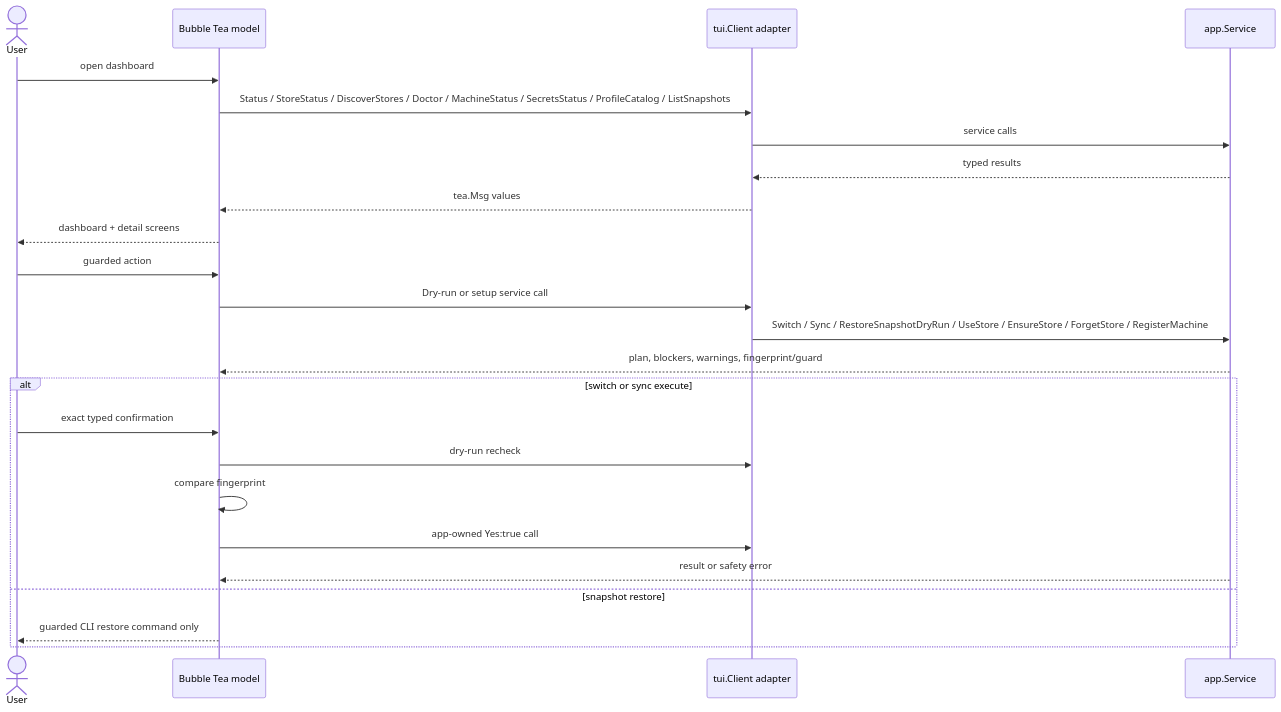
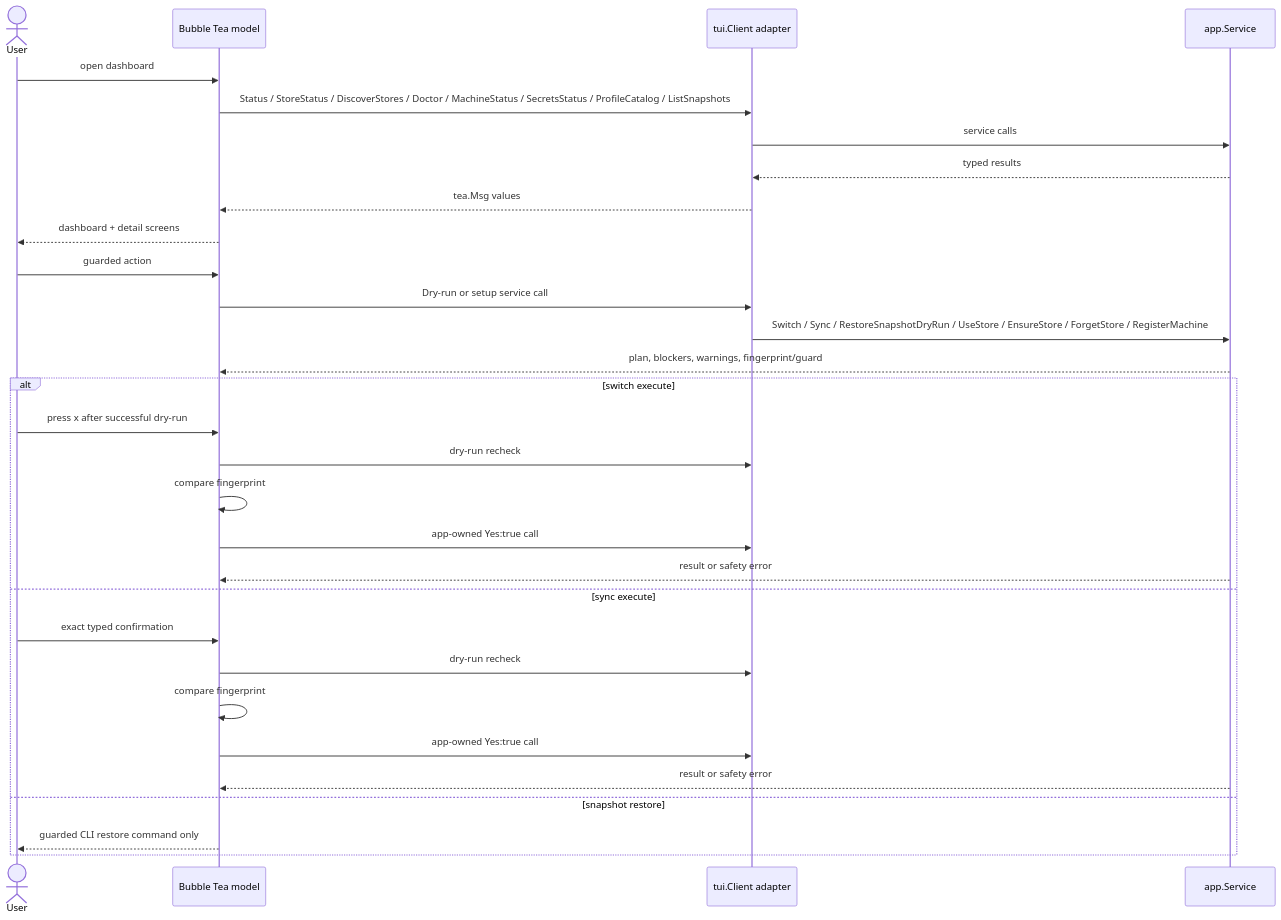
Before and after one commit to asudbring/loki-profile-manager: the sixth of 8 diagrams in docs/ARCHITECTURE.md, drawn with Mermaid. The commit also changed other lines of this file and 3 other files, not shown here.

````diff
--- a/docs/ARCHITECTURE.md
+++ b/docs/ARCHITECTURE.md
@@ -299,28 +336,34 @@
 ```mermaid
 sequenceDiagram
     actor User
     participant TUI as Bubble Tea model
     participant Client as tui.Client adapter
     participant App as app.Service
 
     User->>TUI: open dashboard
     TUI->>Client: Status / StoreStatus / DiscoverStores / Doctor / MachineStatus / SecretsStatus / ProfileCatalog / ListSnapshots
     Client->>App: service calls
     App-->>Client: typed results
     Client-->>TUI: tea.Msg values
     TUI-->>User: dashboard + detail screens
 
     User->>TUI: guarded action
     TUI->>Client: Dry-run or setup service call
     Client->>App: Switch / Sync / RestoreSnapshotDryRun / UseStore / EnsureStore / ForgetStore / RegisterMachine
     App-->>TUI: plan, blockers, warnings, fingerprint/guard
-    alt switch or sync execute
+    alt switch execute
+        User->>TUI: press x after successful dry-run
+        TUI->>Client: dry-run recheck
+        TUI->>TUI: compare fingerprint
+        TUI->>Client: app-owned Yes:true call
+        App-->>TUI: result or safety error
+    else sync execute
         User->>TUI: exact typed confirmation
         TUI->>Client: dry-run recheck
         TUI->>TUI: compare fingerprint
         TUI->>Client: app-owned Yes:true call
         App-->>TUI: result or safety error
     else snapshot restore
         TUI-->>User: guarded CLI restore command only
     end
 ```
````
